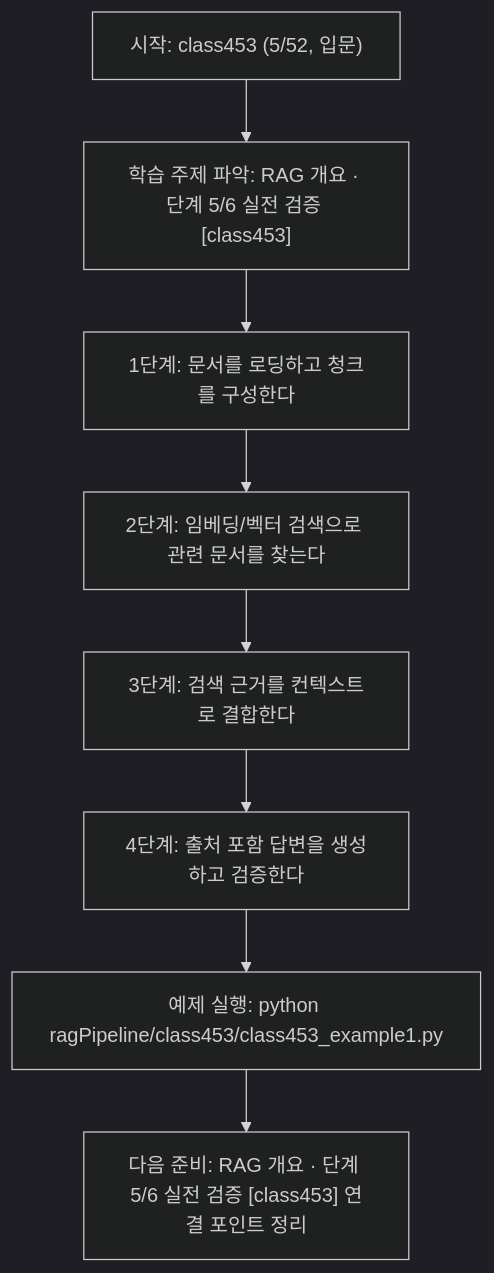
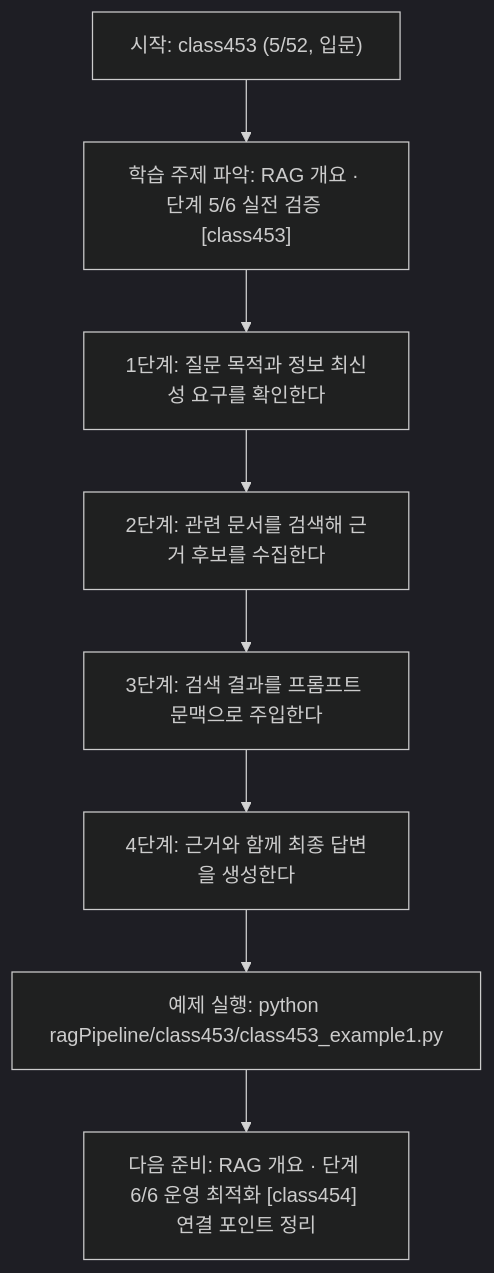
One commit to edumgt/Python-AI_Agent-Class changed the diagram in ragPipeline/class453/class453.md. Above: the diagram before and after it, drawn with Mermaid (dark theme). The commit also changed other lines of this file and 367 other files, not shown here.

````diff
--- a/ragPipeline/class453/class453.md
+++ b/ragPipeline/class453/class453.md
@@ -110,18 +92,18 @@
 ```mermaid
 flowchart TD
 N1["시작: class453 (5/52, 입문)"]
 N2["학습 주제 파악: RAG 개요 · 단계 5/6 실전 검증 [class453]"]
-N3["1단계: 문서를 로딩하고 청크를 구성한다"]
-N4["2단계: 임베딩/벡터 검색으로 관련 문서를 찾는다"]
-N5["3단계: 검색 근거를 컨텍스트로 결합한다"]
-N6["4단계: 출처 포함 답변을 생성하고 검증한다"]
+N3["1단계: 질문 목적과 정보 최신성 요구를 확인한다"]
+N4["2단계: 관련 문서를 검색해 근거 후보를 수집한다"]
+N5["3단계: 검색 결과를 프롬프트 문맥으로 주입한다"]
+N6["4단계: 근거와 함께 최종 답변을 생성한다"]
 N7["예제 실행: python ragPipeline/class453/class453_example1.py"]
-N8["다음 준비: RAG 개요 · 단계 5/6 실전 검증 [class453] 연결 포인트 정리"]
+N8["다음 준비: RAG 개요 · 단계 6/6 운영 최적화 [class454] 연결 포인트 정리"]
 N1 --> N2
 N2 --> N3
 N3 --> N4
 N4 --> N5
 N5 --> N6
 N6 --> N7
 N7 --> N8
 ```
````
